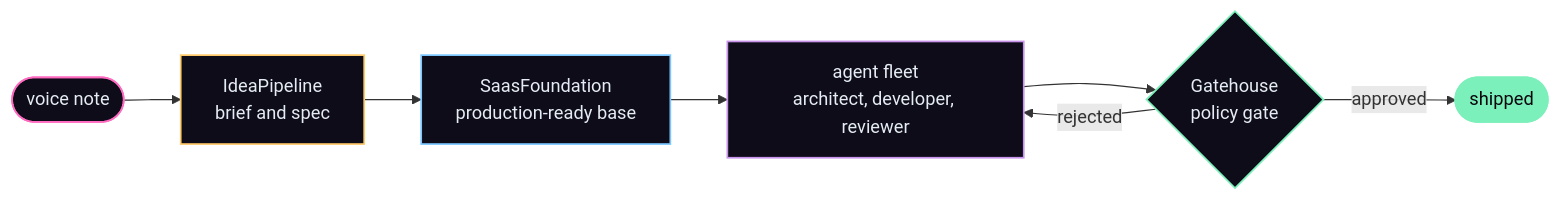
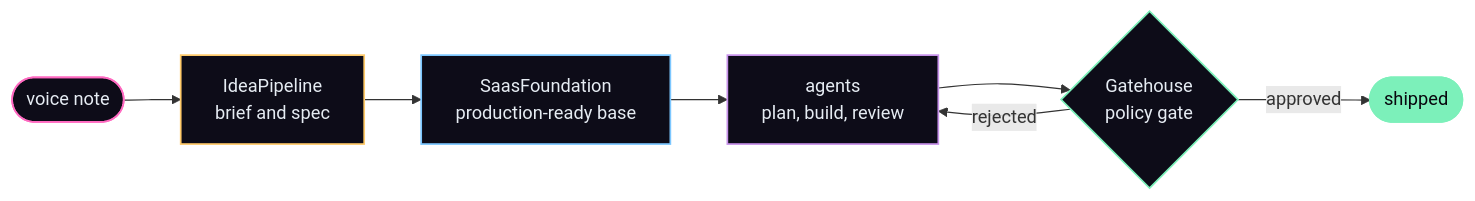
One commit to skovachev/skovachev changed the diagram in README.md. Above: the diagram before and after it, drawn with Mermaid. The commit also changed other lines of this file and 2 other files, not shown here.

Commit message:
Align the profile with the site: senior ai engineer role line, remove the toolkit block and the build-time comparison, fix the Cronboard year, regenerate the header

````diff
--- a/README.md
+++ b/README.md
@@ -35,18 +30,18 @@
 ```mermaid
 flowchart LR
   idea([voice note]) --> spec[IdeaPipeline<br/>brief and spec]
   spec --> base[SaasFoundation<br/>production-ready base]
-  base --> agents[agent fleet<br/>architect, developer, reviewer]
+  base --> agents[agents<br/>plan, build, review]
   agents --> gate{Gatehouse<br/>policy gate}
   gate -- approved --> ship([shipped])
   gate -- rejected --> agents
 
   classDef box fill:#0d0c18,color:#e6ecf3,stroke-width:1.5px
   class idea,spec,base,agents,gate,ship box
   style idea stroke:#ff6ac1
   style spec stroke:#ffcb6b
   style base stroke:#7cc7ff
   style agents stroke:#c792ea
   style gate stroke:#7cf0ba
   style ship stroke:#7cf0ba,fill:#7cf0ba,color:#07060d
 ```
````
